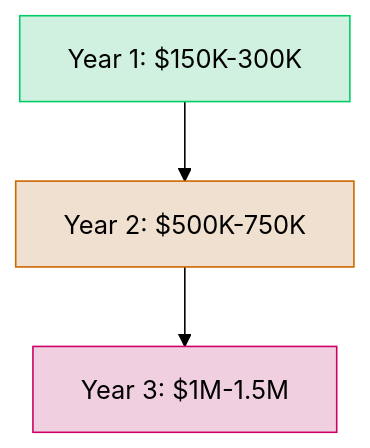
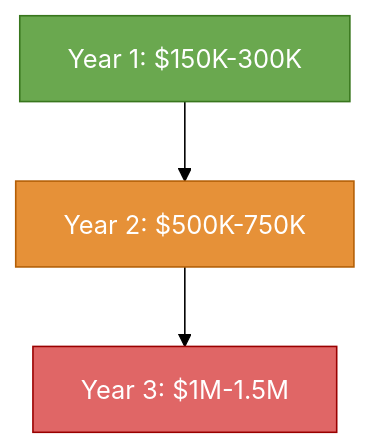
Before and after one commit to hungmanhdo/componentcraft_ai: the tenth of 13 diagrams in basic.md, drawn with Mermaid (forest theme). The commit also changed other lines of this file and 1 other file, not shown here.

Commit message:
Update style of charts

````diff
--- a/basic.md
+++ b/basic.md
@@ -356,9 +356,9 @@
 ```mermaid
 graph TD
     A[Year 1: $150K-300K] --> B[Year 2: $500K-750K]
     B --> C[Year 3: $1M-1.5M]
 
-    style A fill:#d0f0e0,stroke:#00cc66
-    style B fill:#f0e0d0,stroke:#cc6600
-    style C fill:#f0d0e0,stroke:#cc0066
+    style A fill:#6aa84f,stroke:#38761d,color:#ffffff
+    style B fill:#e69138,stroke:#b45f06,color:#ffffff
+    style C fill:#e06666,stroke:#990000,color:#ffffff
 ```
````
